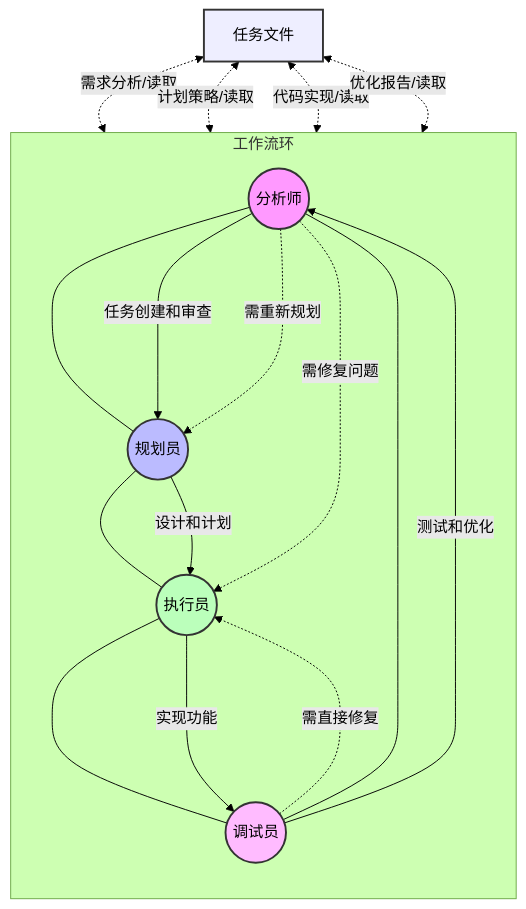
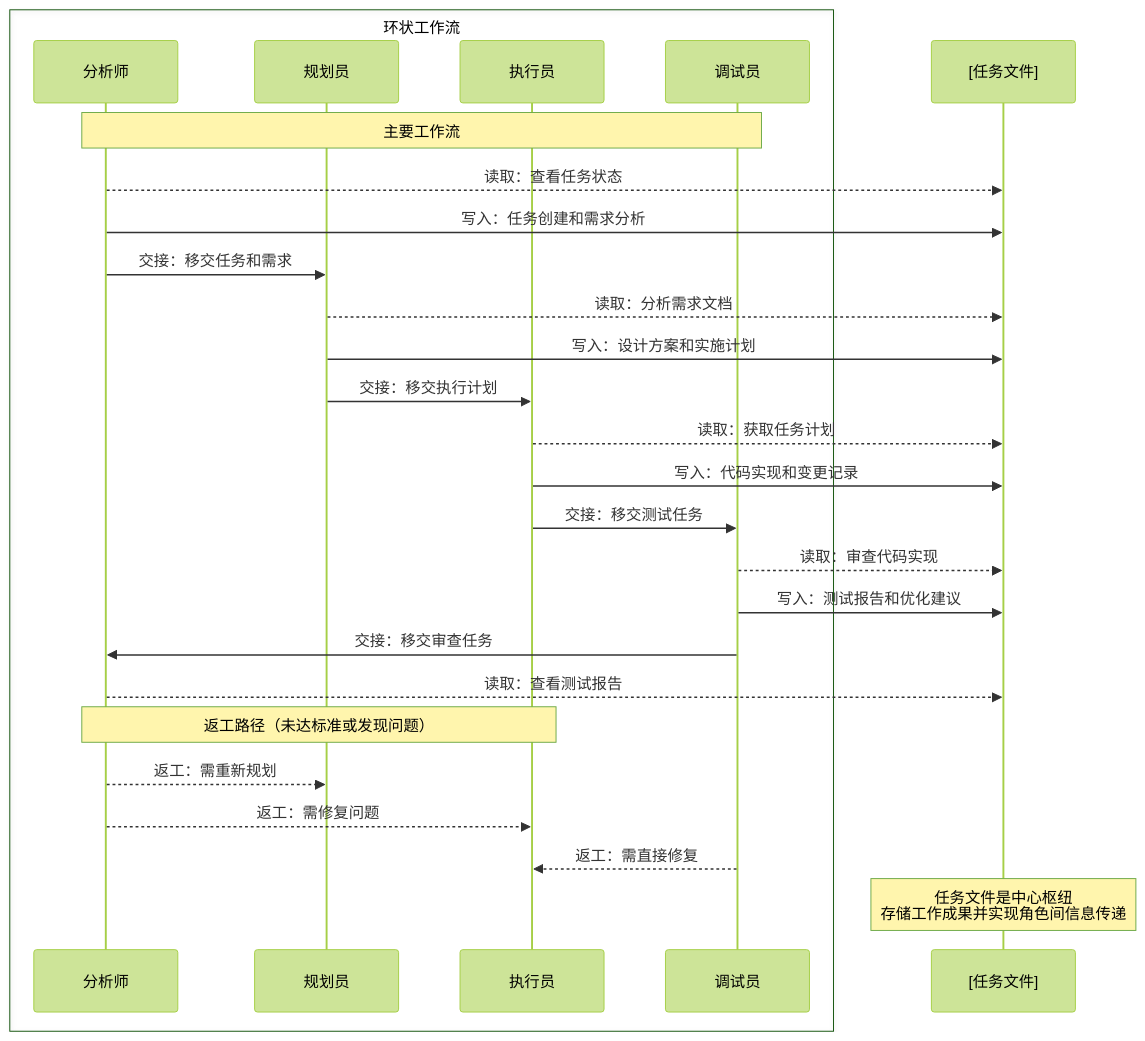
The second of 2 diagrams in ai/tasker-v2.5.md (wanjochan/ai-coding), drawn with Mermaid (forest theme) before and after one commit. The commit also changed other lines of this file, not shown here.

Commit message:
图 A 图 B

````diff
--- a/ai/tasker-v2.5.md
+++ b/ai/tasker-v2.5.md
@@ -16,42 +49,44 @@
 ```mermaid
-graph TD
-    %% 节点定义
-    T[任务文件]
-    A((分析师))
-    P((规划员))
-    E((执行员))
-    D((调试员))
-    
-    %% 布局定义
-    subgraph flow[工作流环]
-        direction TB
-        A --- P --- E --- D --- A
+sequenceDiagram
+    box 环状工作流
+    participant A as 分析师
+    participant P as 规划员
+    participant E as 执行员
+    participant D as 调试员
     end
     
-    %% 主要工作流连接
-    A -->|任务创建和审查| P
-    P -->|设计和计划| E
-    E -->|实现功能| D
-    D -->|测试和优化| A
+    participant TF as [任务文件]
     
-    %% 与中心任务文件的交互
-    T <-.->|需求分析/读取| A
-    T <-.->|计划策略/读取| P
-    T <-.->|代码实现/读取| E
-    T <-.->|优化报告/读取| D
+    Note over A,D: 主要工作流
+    
+    %% 分析师阶段
+    A-->>TF: 读取：查看任务状态
+    A->>TF: 写入：任务创建和需求分析
+    A->>P: 交接：移交任务和需求
+    
+    %% 规划员阶段
+    P-->>TF: 读取：分析需求文档
+    P->>TF: 写入：设计方案和实施计划
+    P->>E: 交接：移交执行计划
+    
+    %% 执行员阶段
+    E-->>TF: 读取：获取任务计划
+    E->>TF: 写入：代码实现和变更记录
+    E->>D: 交接：移交测试任务
+    
+    %% 调试员阶段
+    D-->>TF: 读取：审查代码实现
+    D->>TF: 写入：测试报告和优化建议
+    D->>A: 交接：移交审查任务
+    
+    %% 完成环状循环 - 分析师审查
+    A-->>TF: 读取：查看测试报告
     
     %% 返工路径
-    A -..->|需重新规划| P
-    A -..->|需修复问题| E
-    D -..->|需直接修复| E
+    Note over A,E: 返工路径（未达标准或发现问题）
+    A-->>P: 返工：需重新规划
+    A-->>E: 返工：需修复问题
+    D-->>E: 返工：需直接修复
     
-    %% 节点样式
-    style A fill:#f9f,stroke:#333,stroke-width:2px
-    style P fill:#bbf,stroke:#333,stroke-width:2px
-    style E fill:#bfb,stroke:#333,stroke-width:2px
-    style D fill:#fbf,stroke:#333,stroke-width:2px
-    style T fill:#eef,stroke:#333,stroke-width:2px
-    
-    %% 中心任务文件位置
-    T
+    Note over TF: 任务文件是中心枢纽<br/>存储工作成果并实现角色间信息传递
 ```
````
